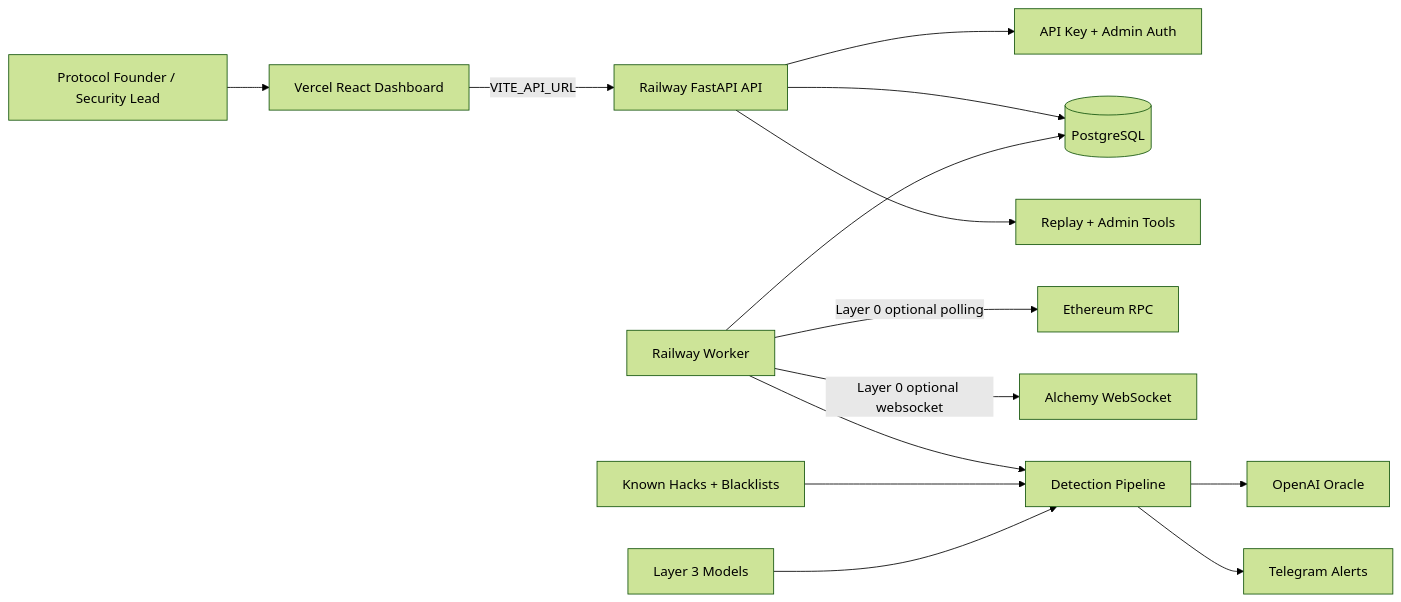
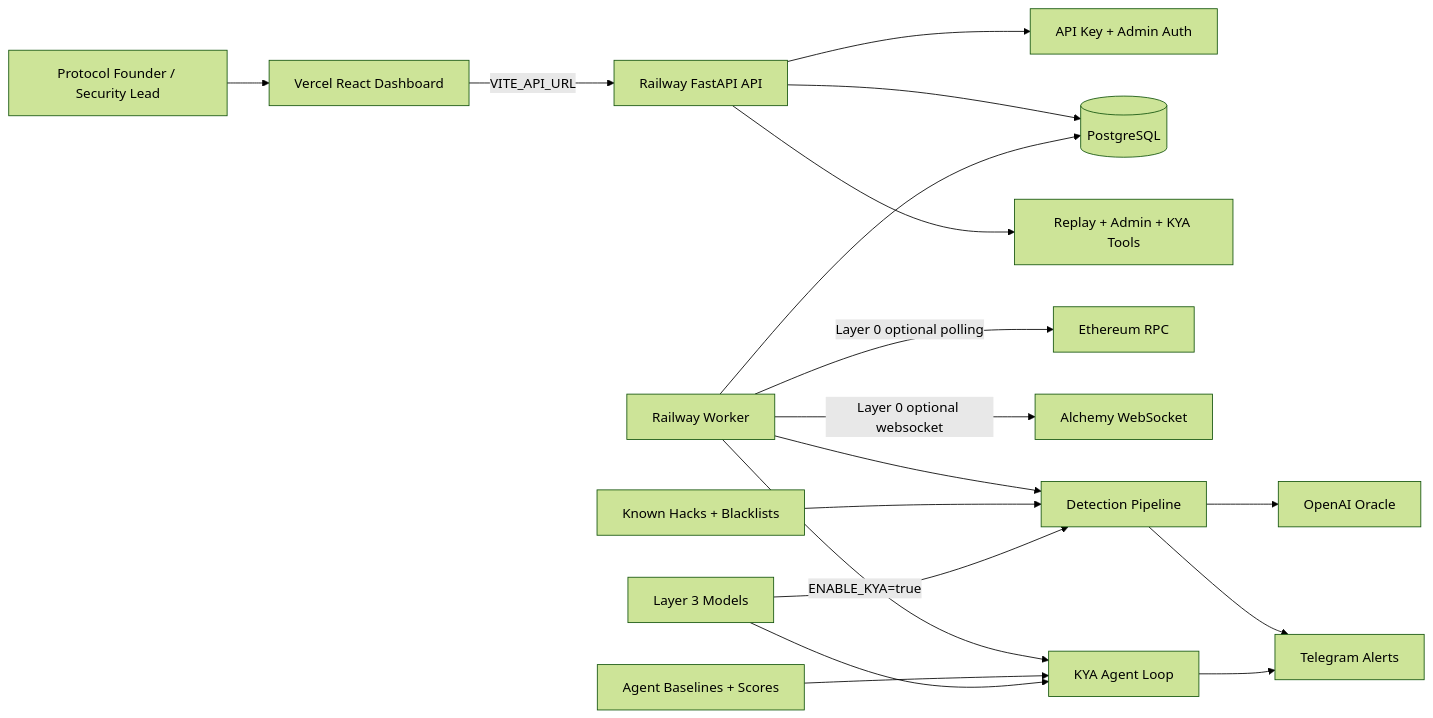
One commit to hasansazly/Talosly-startup changed the first of 7 diagrams in README.md. Above: the diagram before and after it, drawn with Mermaid (forest theme). The commit also changed other lines of this file, not shown here.

````diff
--- a/README.md
+++ b/README.md
@@ -66,18 +80,22 @@
 ```mermaid
 flowchart LR
   Founder[Protocol Founder / Security Lead] --> UI[Vercel React Dashboard]
   UI -->|VITE_API_URL| API[Railway FastAPI API]
   API --> Auth[API Key + Admin Auth]
   API --> DB[(PostgreSQL)]
-  API --> Replay[Replay + Admin Tools]
+  API --> Replay[Replay + Admin + KYA Tools]
 
   Worker[Railway Worker] --> DB
   Worker -->|Layer 0 optional polling| RPC[Ethereum RPC]
   Worker -->|Layer 0 optional websocket| WSS[Alchemy WebSocket]
   Worker --> Pipeline[Detection Pipeline]
+  Worker -->|ENABLE_KYA=true| KYA[KYA Agent Loop]
   Pipeline --> OpenAI[OpenAI Oracle]
   Pipeline --> Telegram[Telegram Alerts]
+  KYA --> Telegram
 
   Data[Known Hacks + Blacklists] --> Pipeline
+  AgentData[Agent Baselines + Scores] --> KYA
   Models[Layer 3 Models] --> Pipeline
+  Models --> KYA
 ```
````
